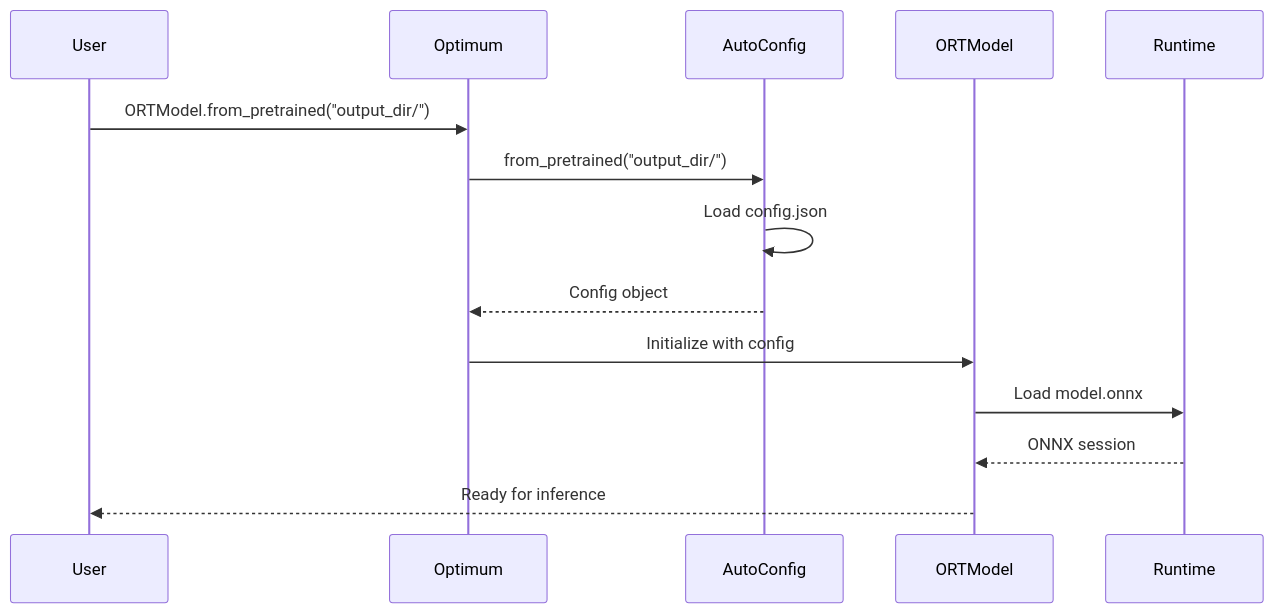
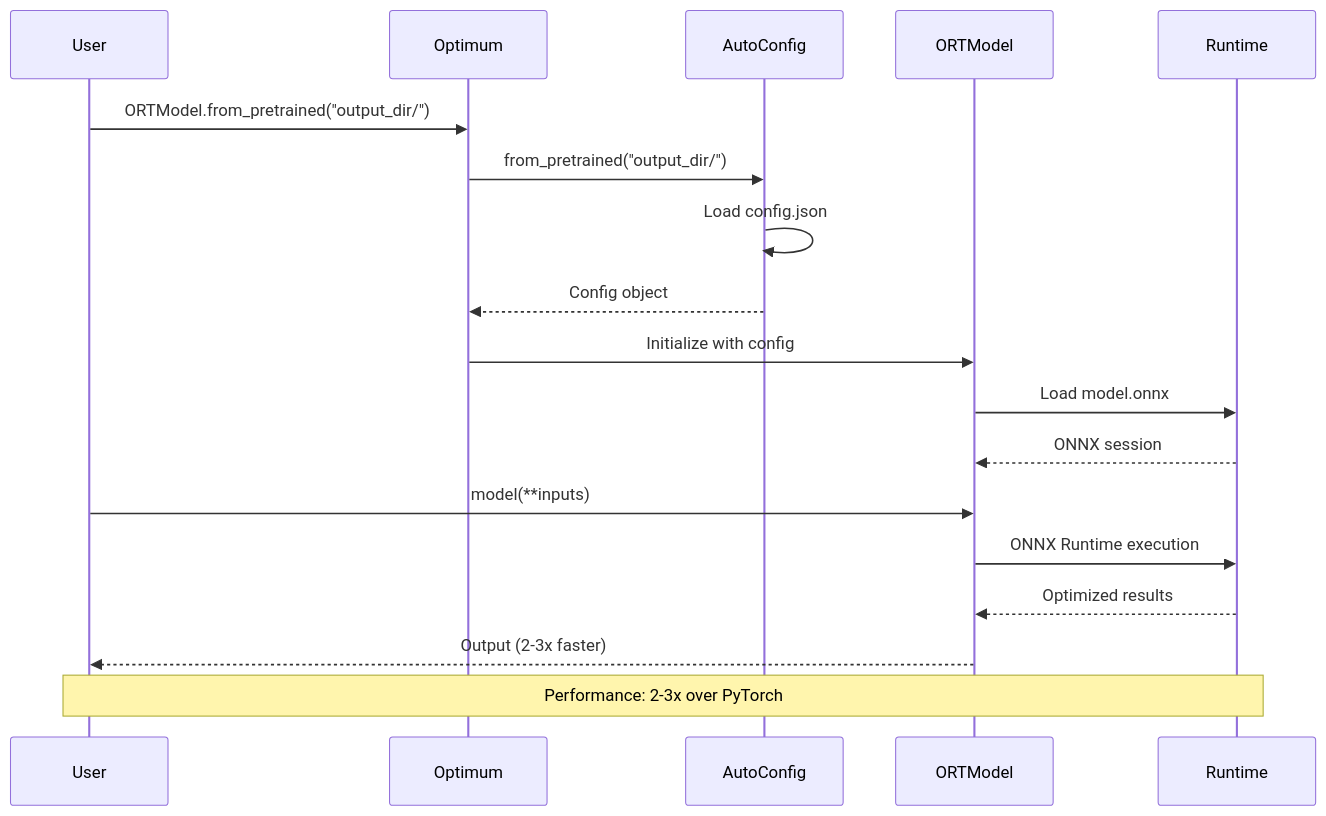
The fourth of 7 diagrams in experiments/tez-144_onnx_automodel_infer/docs/high_level_design.md (tezheng/ModelInsider), drawn with Mermaid before and after one commit. The commit also changed other lines of this file and 20 other files, not shown here.

First line of the commit message:
[TEZ-144] refactor: update experimental ONNX inference files with deprecation notices

````diff
--- a/experiments/tez-144_onnx_automodel_infer/docs/high_level_design.md
+++ b/experiments/tez-144_onnx_automodel_infer/docs/high_level_design.md
@@ -82,20 +150,25 @@
 ```mermaid
 sequenceDiagram
     participant User
     participant Optimum
     participant AutoConfig
     participant ORTModel
     participant Runtime
     
     User->>Optimum: ORTModel.from_pretrained("output_dir/")
     
     Optimum->>AutoConfig: from_pretrained("output_dir/")
     AutoConfig->>AutoConfig: Load config.json
     AutoConfig-->>Optimum: Config object
     
     Optimum->>ORTModel: Initialize with config
     ORTModel->>Runtime: Load model.onnx
     Runtime-->>ORTModel: ONNX session
     
-    ORTModel-->>User: Ready for inference
+    User->>ORTModel: model(**inputs)
+    ORTModel->>Runtime: ONNX Runtime execution
+    Runtime-->>ORTModel: Optimized results
+    ORTModel-->>User: Output (2-3x faster)
+    
+    Note over User,Runtime: Performance: 2-3x over PyTorch
 ```
````
